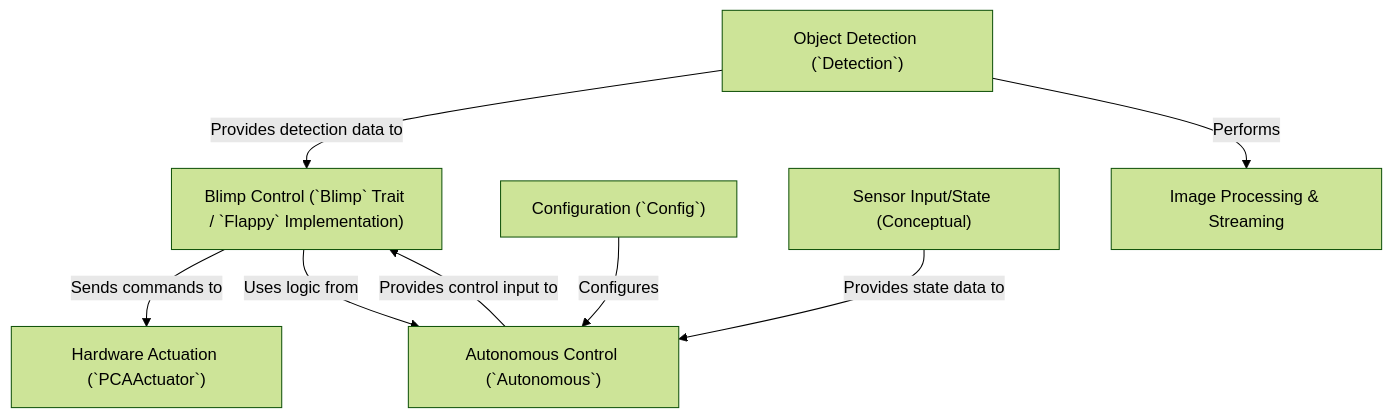
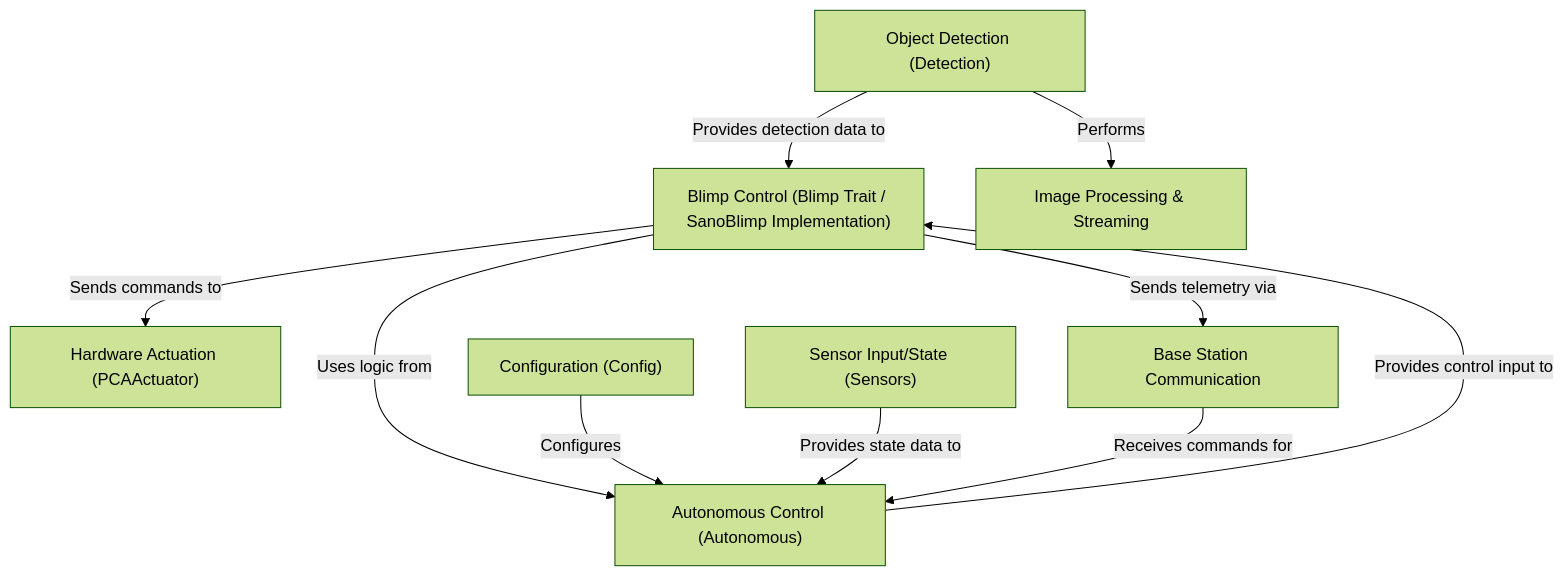
The diagram in docs/src/index.md (GMUBlimpSquad/SanoBlimpSoftware), drawn with Mermaid (forest theme) before and after one commit. The commit also changed other lines of this file and 37 other files, not shown here.

````diff
--- a/docs/src/index.md
+++ b/docs/src/index.md
@@ -13,17 +33,21 @@
 ```mermaid
 flowchart TD
-    A0["Blimp Control (`Blimp` Trait / `Flappy` Implementation)"]
-    A1["Hardware Actuation (`PCAActuator`)"]
-    A2["Object Detection (`Detection`)"]
-    A3["Autonomous Control (`Autonomous`)"]
-    A4["Configuration (`Config`)"]
-    A5["Sensor Input/State (Conceptual)"]
+    A0["Blimp Control (Blimp Trait / SanoBlimp Implementation)"]
+    A1["Hardware Actuation (PCAActuator)"]
+    A2["Object Detection (Detection)"]
+    A3["Autonomous Control (Autonomous)"]
+    A4["Configuration (Config)"]
+    A5["Sensor Input/State (Sensors)"]
     A6["Image Processing & Streaming"]
+    A7["Base Station Communication"]
+    
     A0 -- "Sends commands to" --> A1
     A0 -- "Uses logic from" --> A3
     A2 -- "Provides detection data to" --> A0
     A3 -- "Provides control input to" --> A0
     A4 -- "Configures" --> A3
     A5 -- "Provides state data to" --> A3
     A2 -- "Performs" --> A6
+    A0 -- "Sends telemetry via" --> A7
+    A7 -- "Receives commands for" --> A3
 ```
````
